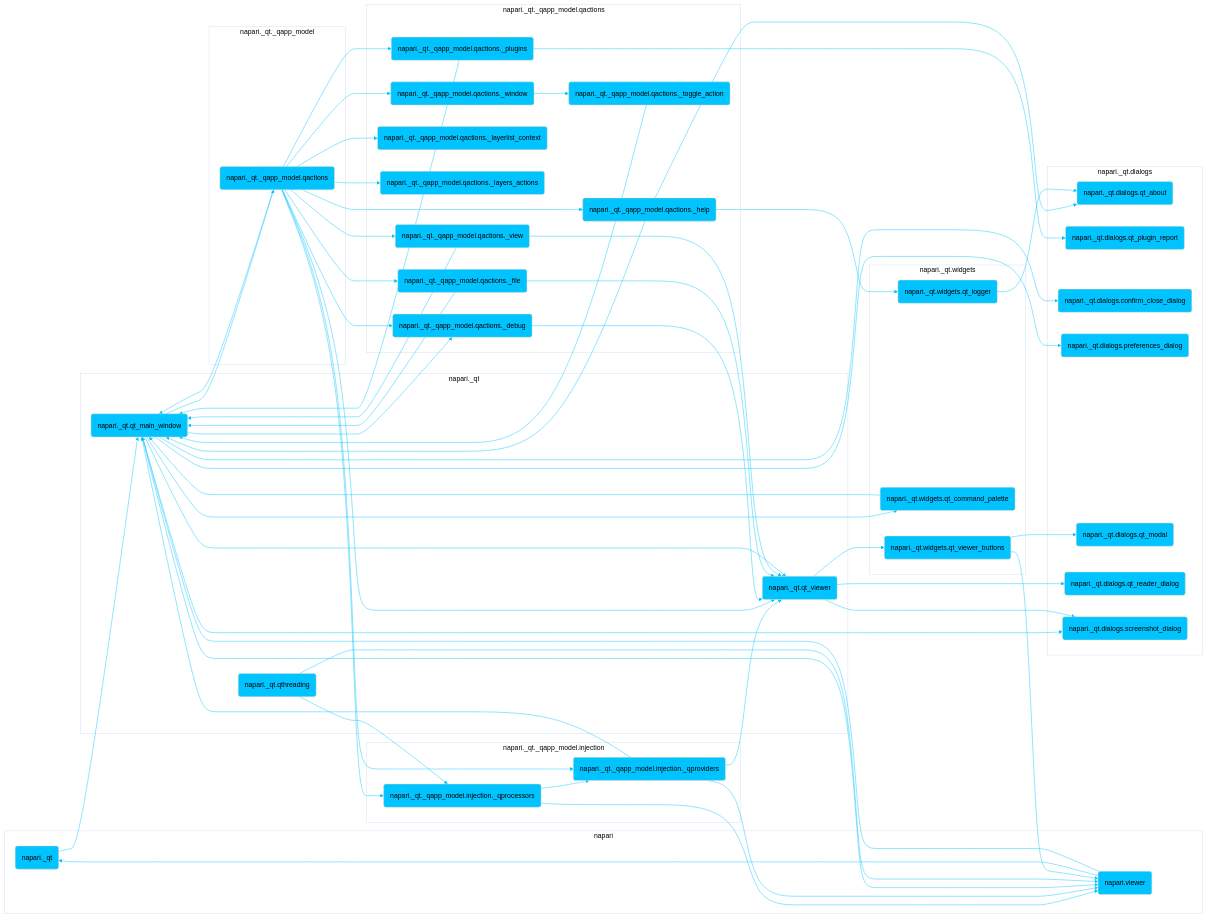
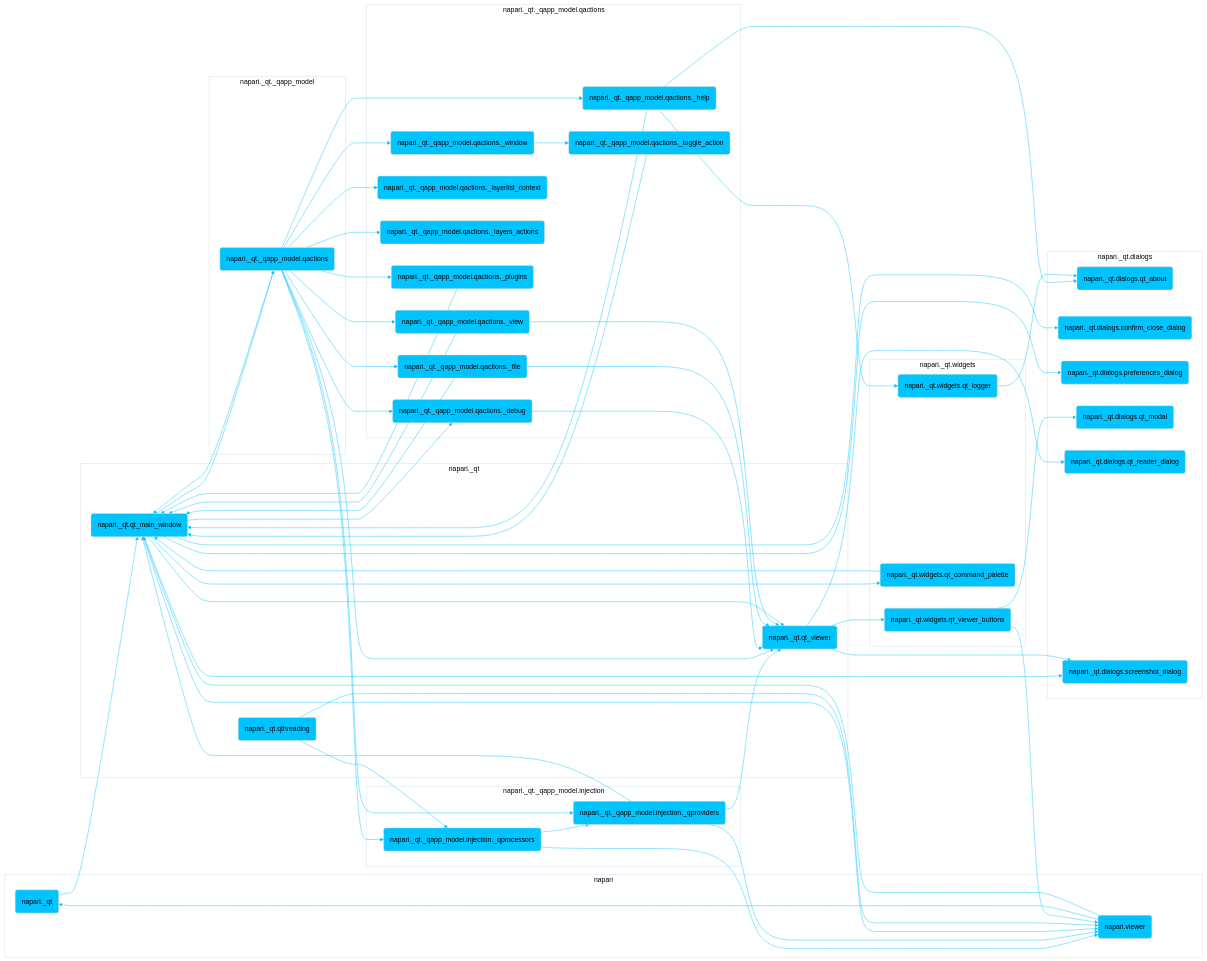
The diagram in dev/_sources/developers/architecture/ui_sections/application_menus_ui.md (napari/napari.github.io), drawn with Mermaid (base theme) before and after one commit. The commit also changed other lines of this file and 716 other files, not shown here.

```diff
--- a/dev/_sources/developers/architecture/ui_sections/application_menus_ui.md
+++ b/dev/_sources/developers/architecture/ui_sections/application_menus_ui.md
@@ -47,7 +47,6 @@
 	napari._qt._qapp_model.qactions._layers_actions(napari._qt._qapp_model.qactions._layers_actions)
 	click napari._qt._qapp_model.qactions._layers_actions "https://github.com/napari/napari/tree/main/napari/_qt/_qapp_model/qactions/_layers_actions.py" _blank
 	napari._qt._qapp_model.qactions._plugins(napari._qt._qapp_model.qactions._plugins)
-	napari._qt._qapp_model.qactions._plugins --> napari._qt.dialogs.qt_plugin_report
 	napari._qt._qapp_model.qactions._plugins --> napari._qt.qt_main_window
 	click napari._qt._qapp_model.qactions._plugins "https://github.com/napari/napari/tree/main/napari/_qt/_qapp_model/qactions/_plugins.py" _blank
 	napari._qt._qapp_model.qactions._toggle_action(napari._qt._qapp_model.qactions._toggle_action)
@@ -68,8 +67,6 @@
 	click napari._qt.dialogs.qt_about "https://github.com/napari/napari/tree/main/napari/_qt/dialogs/qt_about.py" _blank
 	napari._qt.dialogs.qt_modal(napari._qt.dialogs.qt_modal)
 	click napari._qt.dialogs.qt_modal "https://github.com/napari/napari/tree/main/napari/_qt/dialogs/qt_modal.py" _blank
-	napari._qt.dialogs.qt_plugin_report(napari._qt.dialogs.qt_plugin_report)
-	click napari._qt.dialogs.qt_plugin_report "https://github.com/napari/napari/tree/main/napari/_qt/dialogs/qt_plugin_report.py" _blank
 	napari._qt.dialogs.qt_reader_dialog(napari._qt.dialogs.qt_reader_dialog)
 	click napari._qt.dialogs.qt_reader_dialog "https://github.com/napari/napari/tree/main/napari/_qt/dialogs/qt_reader_dialog.py" _blank
 	napari._qt.dialogs.screenshot_dialog(napari._qt.dialogs.screenshot_dialog)
@@ -138,7 +135,6 @@
 		 napari._qt.dialogs.preferences_dialog
 		 napari._qt.dialogs.qt_about
 		 napari._qt.dialogs.qt_modal
-		 napari._qt.dialogs.qt_plugin_report
 		 napari._qt.dialogs.qt_reader_dialog
 		 napari._qt.dialogs.screenshot_dialog
 	end
```
